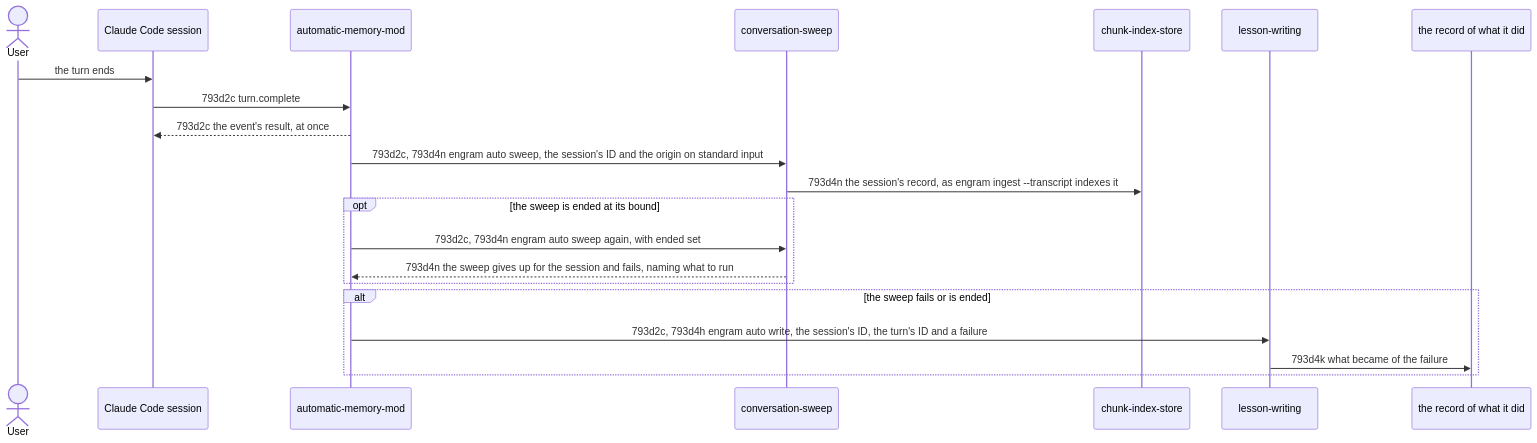
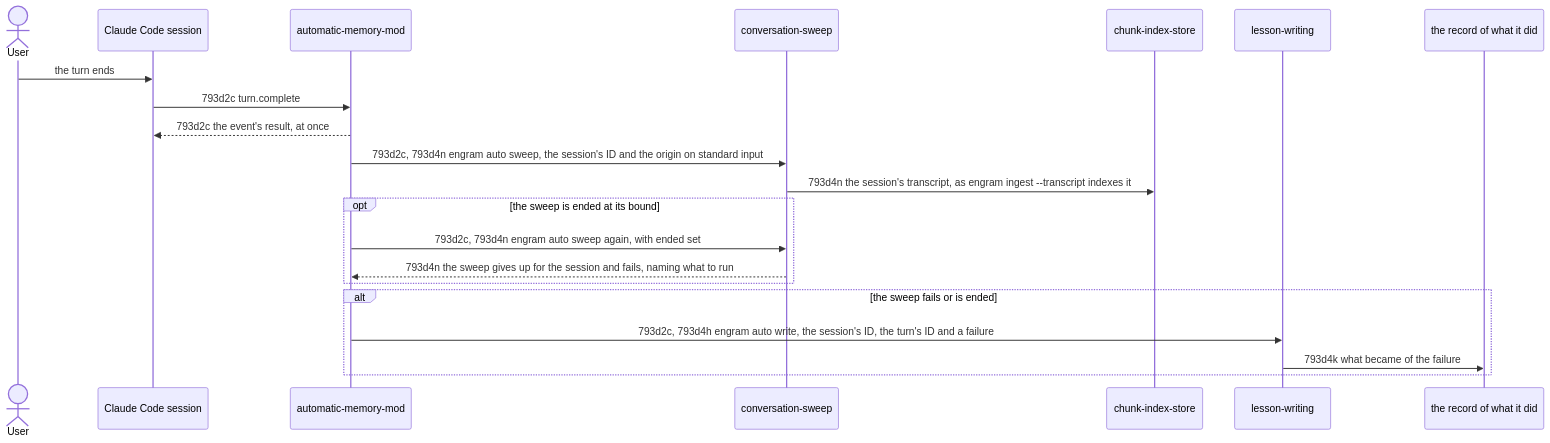
The third of 3 diagrams in docs/changes/793_automatic-memory/793d_technical-spec.md (toejough/engram), drawn with Mermaid before and after one commit. The commit also changed other lines of this file and 3 other files, not shown here.

First line of the commit message:
docs(793b,c,d,e): one word for each thing: a transcript is the session's, a record is a file automatic memory writes, and the terms move to the glossary at promotion - 793e6i7, 793b124, 793c90

````diff
--- a/docs/changes/793_automatic-memory/793d_technical-spec.md
+++ b/docs/changes/793_automatic-memory/793d_technical-spec.md
@@ -217,24 +217,24 @@
 ```mermaid
 sequenceDiagram
     actor User
     participant Session as Claude Code session
     participant Mod as automatic-memory-mod
     participant Sweep as conversation-sweep
     participant Index as chunk-index-store
     participant Writing as lesson-writing
     participant Record as the record of what it did
 
     User->>Session: the turn ends
     Session->>Mod: 793d2c turn.complete
     Mod-->>Session: 793d2c the event's result, at once
     Mod->>Sweep: 793d2c, 793d4n engram auto sweep, the session's ID and the origin on standard input
-    Sweep->>Index: 793d4n the session's record, as engram ingest --transcript indexes it
+    Sweep->>Index: 793d4n the session's transcript, as engram ingest --transcript indexes it
     opt the sweep is ended at its bound
         Mod->>Sweep: 793d2c, 793d4n engram auto sweep again, with ended set
         Sweep-->>Mod: 793d4n the sweep gives up for the session and fails, naming what to run
     end
     alt the sweep fails or is ended
         Mod->>Writing: 793d2c, 793d4h engram auto write, the session's ID, the turn's ID and a failure
         Writing->>Record: 793d4k what became of the failure
     end
 ```
````
